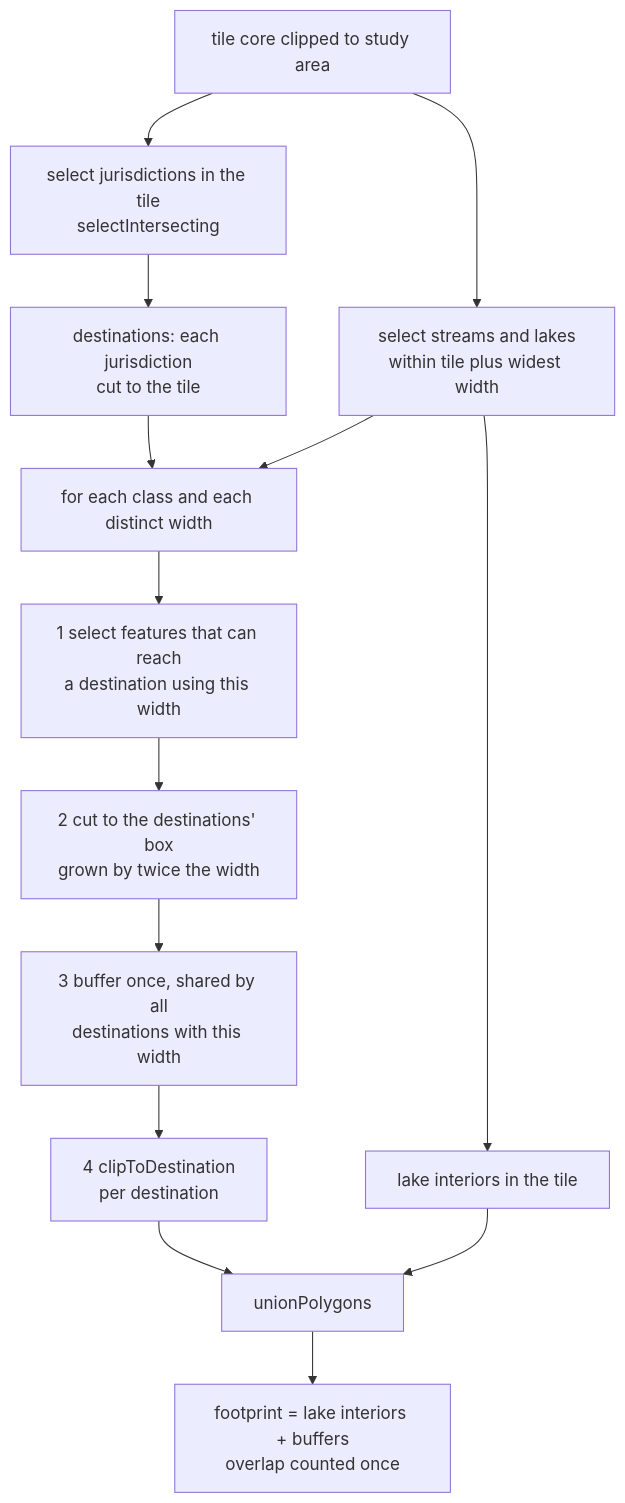
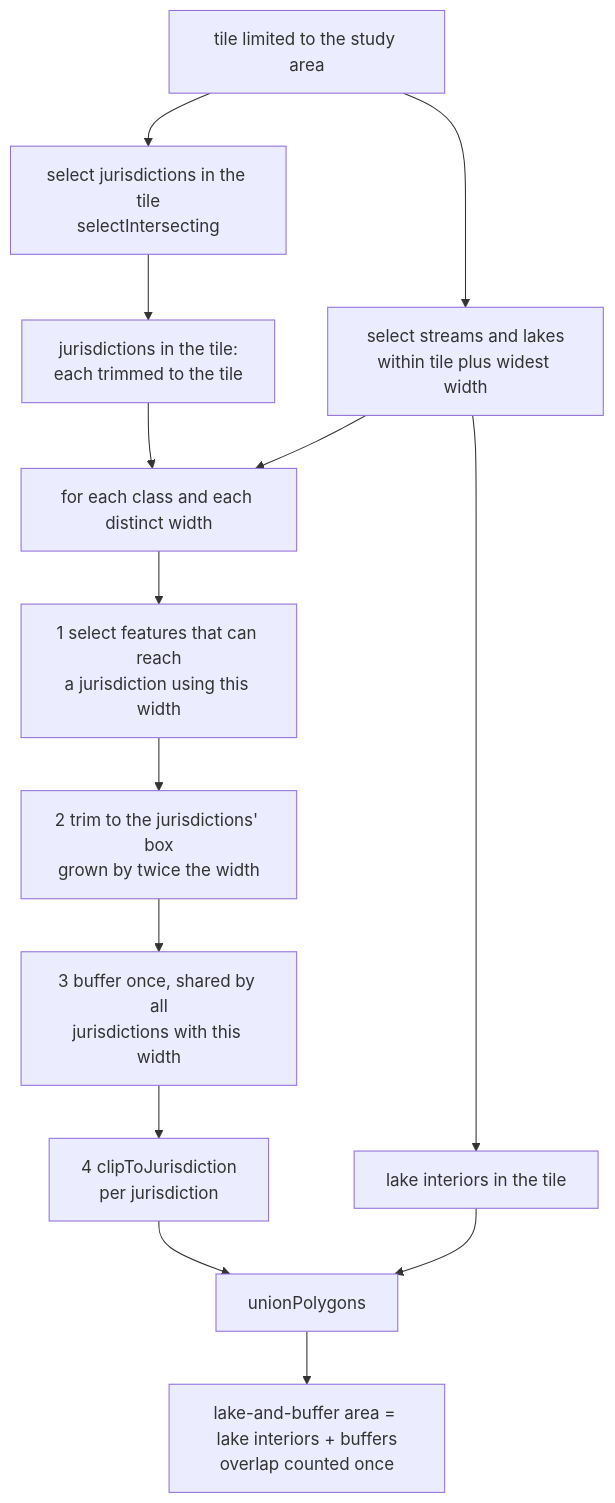
The fifth of 5 diagrams in README.md (pedrogit/RiparianBuffers), drawn with Mermaid before and after one commit. The commit also changed other lines of this file, not shown here.

````diff
--- a/README.md
+++ b/README.md
@@ -317,16 +362,16 @@
 ```mermaid
 flowchart TD
-    A["tile core clipped to study area"] --> B["select jurisdictions in the tile<br/>selectIntersecting"]
+    A["tile limited to the study area"] --> B["select jurisdictions in the tile<br/>selectIntersecting"]
     A --> H["select streams and lakes<br/>within tile plus widest width"]
-    B --> D["destinations: each jurisdiction<br/>cut to the tile"]
+    B --> D["jurisdictions in the tile:<br/>each trimmed to the tile"]
     D --> L["for each class and each distinct width"]
     H --> L
-    L --> S["1 select features that can reach<br/>a destination using this width"]
-    S --> CU["2 cut to the destinations' box<br/>grown by twice the width"]
-    CU --> BU["3 buffer once, shared by all<br/>destinations with this width"]
-    BU --> CL["4 clipToDestination<br/>per destination"]
+    L --> S["1 select features that can reach<br/>a jurisdiction using this width"]
+    S --> CU["2 trim to the jurisdictions' box<br/>grown by twice the width"]
+    CU --> BU["3 buffer once, shared by all<br/>jurisdictions with this width"]
+    BU --> CL["4 clipToJurisdiction<br/>per jurisdiction"]
     CL --> U["unionPolygons"]
     H --> LW["lake interiors in the tile"]
     LW --> U
-    U --> Z["footprint = lake interiors + buffers<br/>overlap counted once"]
+    U --> Z["lake-and-buffer area = lake interiors + buffers<br/>overlap counted once"]
 ```
````
